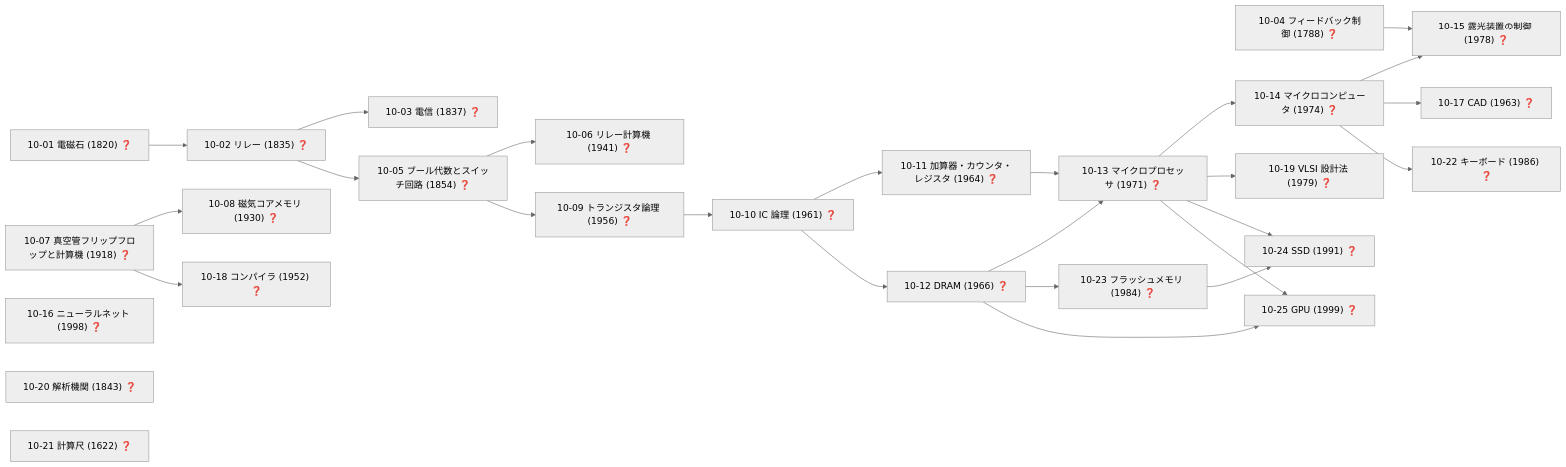
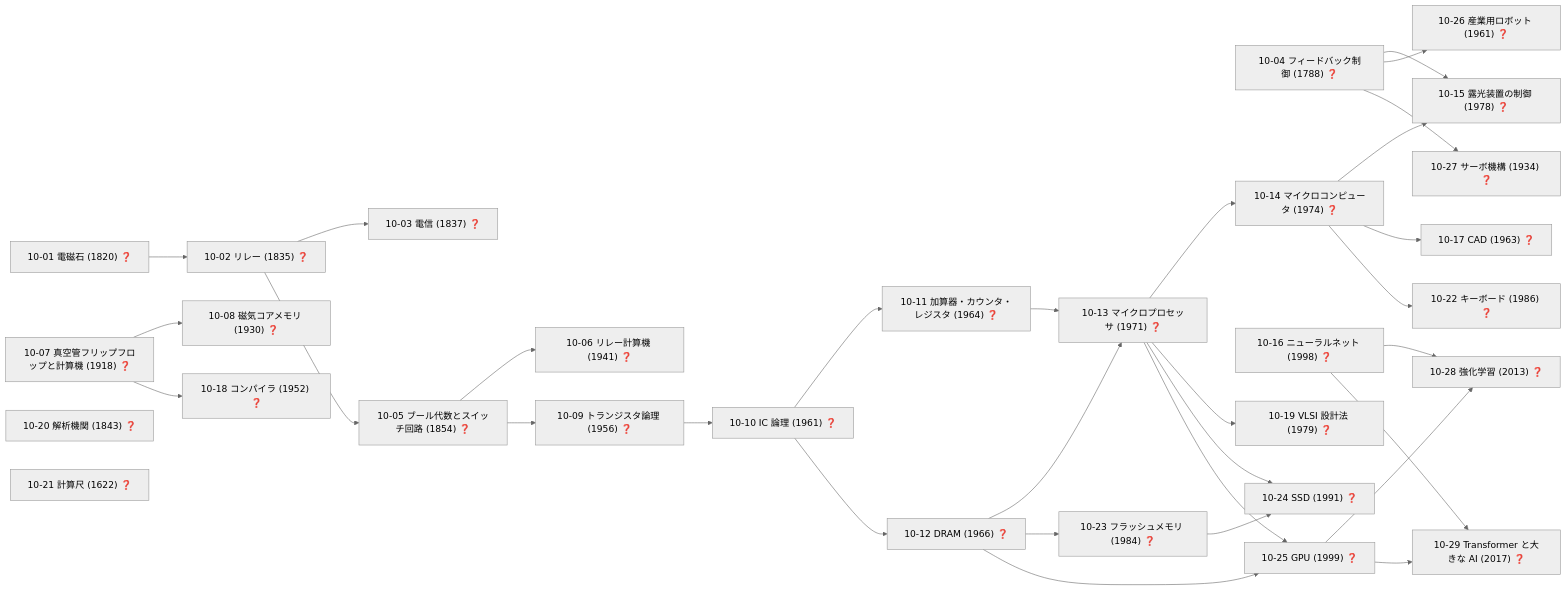
One commit to taku3i0317-collab/semiconductor-lab changed diagram 13 of 19 in docs/TECH_TREE_VIEW.md. Above: the diagram before and after it, drawn with Mermaid (neutral theme). The commit also changed other lines of this file and 9 other files, not shown here.

````diff
--- a/docs/TECH_TREE_VIEW.md
+++ b/docs/TECH_TREE_VIEW.md
@@ -687,51 +693,61 @@
 ```mermaid
 graph LR
   n10_01["10-01 電磁石 (1820) ❓"]
   n10_02["10-02 リレー (1835) ❓"]
   n10_03["10-03 電信 (1837) ❓"]
   n10_04["10-04 フィードバック制御 (1788) ❓"]
   n10_05["10-05 ブール代数とスイッチ回路 (1854) ❓"]
   n10_06["10-06 リレー計算機 (1941) ❓"]
   n10_07["10-07 真空管フリップフロップと計算機 (1918) ❓"]
   n10_08["10-08 磁気コアメモリ (1930) ❓"]
   n10_09["10-09 トランジスタ論理 (1956) ❓"]
   n10_10["10-10 IC 論理 (1961) ❓"]
   n10_11["10-11 加算器・カウンタ・レジスタ (1964) ❓"]
   n10_12["10-12 DRAM (1966) ❓"]
   n10_13["10-13 マイクロプロセッサ (1971) ❓"]
   n10_14["10-14 マイクロコンピュータ (1974) ❓"]
   n10_15["10-15 露光装置の制御 (1978) ❓"]
   n10_16["10-16 ニューラルネット (1998) ❓"]
   n10_17["10-17 CAD (1963) ❓"]
   n10_18["10-18 コンパイラ (1952) ❓"]
   n10_19["10-19 VLSI 設計法 (1979) ❓"]
   n10_20["10-20 解析機関 (1843) ❓"]
   n10_21["10-21 計算尺 (1622) ❓"]
   n10_22["10-22 キーボード (1986) ❓"]
   n10_23["10-23 フラッシュメモリ (1984) ❓"]
   n10_24["10-24 SSD (1991) ❓"]
   n10_25["10-25 GPU (1999) ❓"]
+  n10_26["10-26 産業用ロボット (1961) ❓"]
+  n10_27["10-27 サーボ機構 (1934) ❓"]
+  n10_28["10-28 強化学習 (2013) ❓"]
+  n10_29["10-29 Transformer と大きな AI (2017) ❓"]
   n10_01-->n10_02
   n10_02-->n10_03
   n10_02-->n10_05
   n10_05-->n10_06
   n10_07-->n10_08
   n10_05-->n10_09
   n10_09-->n10_10
   n10_10-->n10_11
   n10_10-->n10_12
   n10_11-->n10_13
   n10_12-->n10_13
   n10_13-->n10_14
   n10_04-->n10_15
   n10_14-->n10_15
   n10_14-->n10_17
   n10_07-->n10_18
   n10_13-->n10_19
   n10_14-->n10_22
   n10_12-->n10_23
   n10_13-->n10_24
   n10_23-->n10_24
   n10_12-->n10_25
   n10_13-->n10_25
+  n10_04-->n10_26
+  n10_04-->n10_27
+  n10_16-->n10_28
+  n10_25-->n10_28
+  n10_16-->n10_29
+  n10_25-->n10_29
 ```
````
